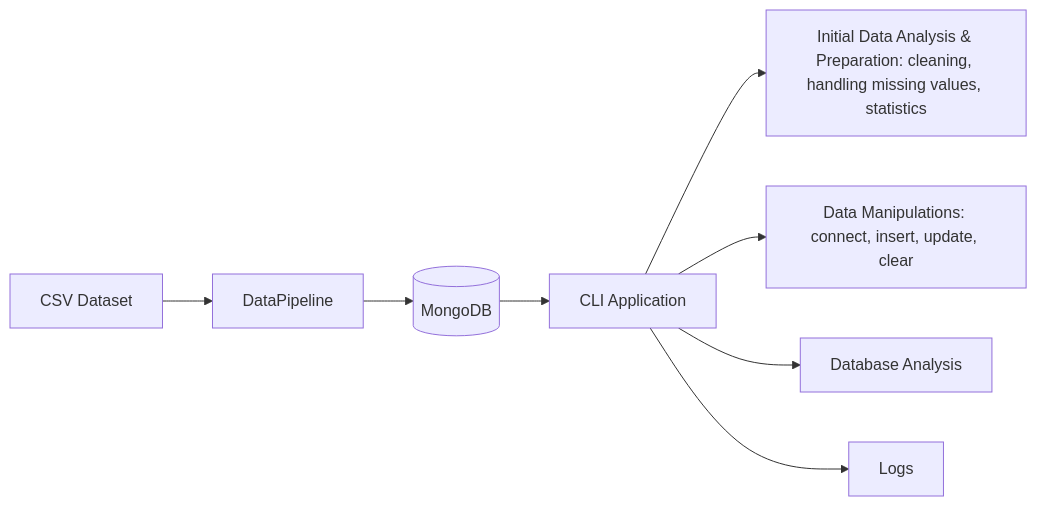
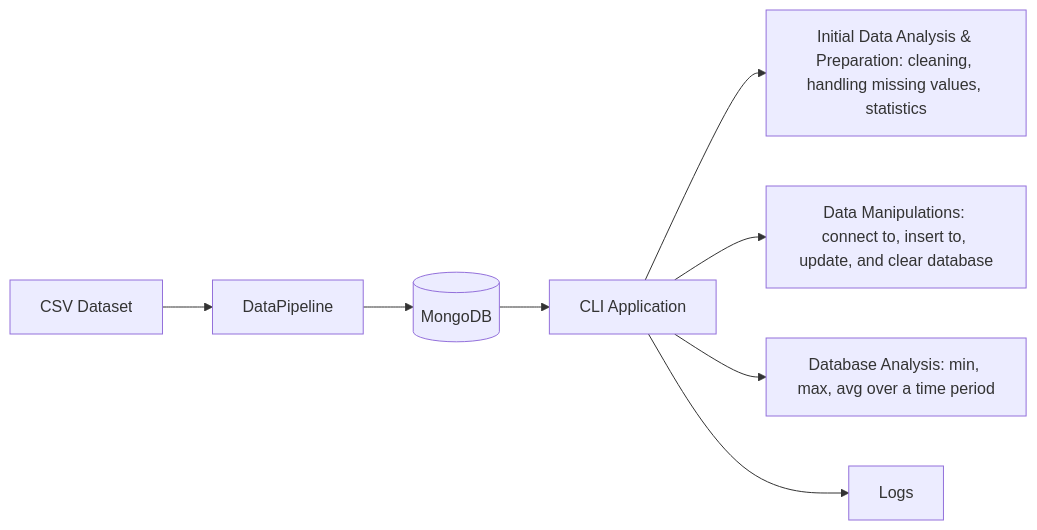
Before and after one commit to tipofyzik/mongodb_for_storing_sensor_data: the diagram in README.md, drawn with Mermaid.

````diff
--- a/README.md
+++ b/README.md
@@ -14,12 +14,12 @@
 ```mermaid
 flowchart LR
 
 A[CSV Dataset] --> B[DataPipeline]
 B --> C[(MongoDB)]
 C --> D[CLI Application]
 
 D --> E[Initial Data Analysis & Preparation: cleaning, handling missing values, statistics]
-D --> F[Data Manipulations: connect, insert, update, clear]
-D --> G[Database Analysis]
+D --> F[Data Manipulations: connect to, insert to, update, and clear database]
+D --> G[Database Analysis: min, max, avg over a time period]
 D --> H[Logs]
 ```
````
